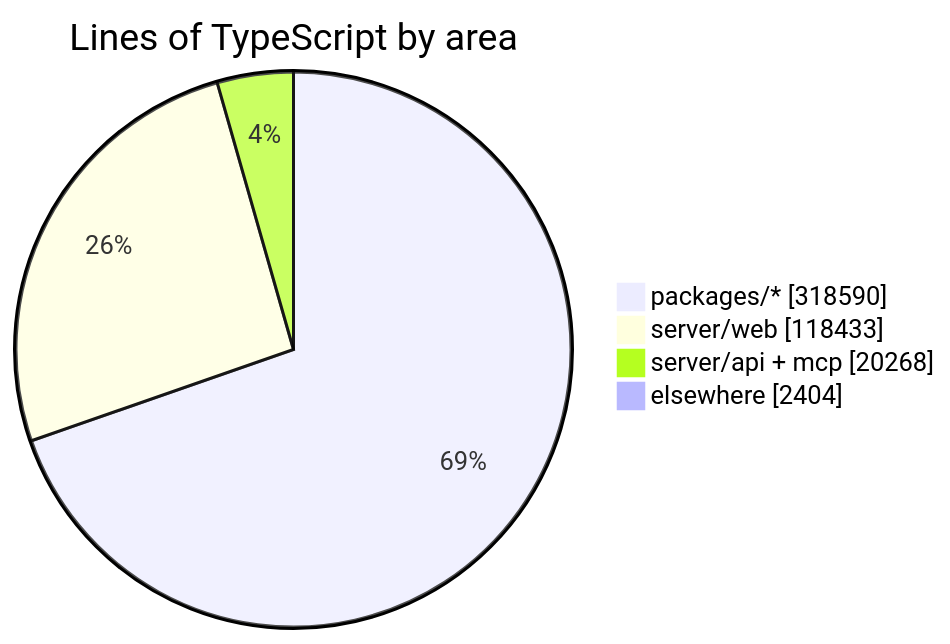
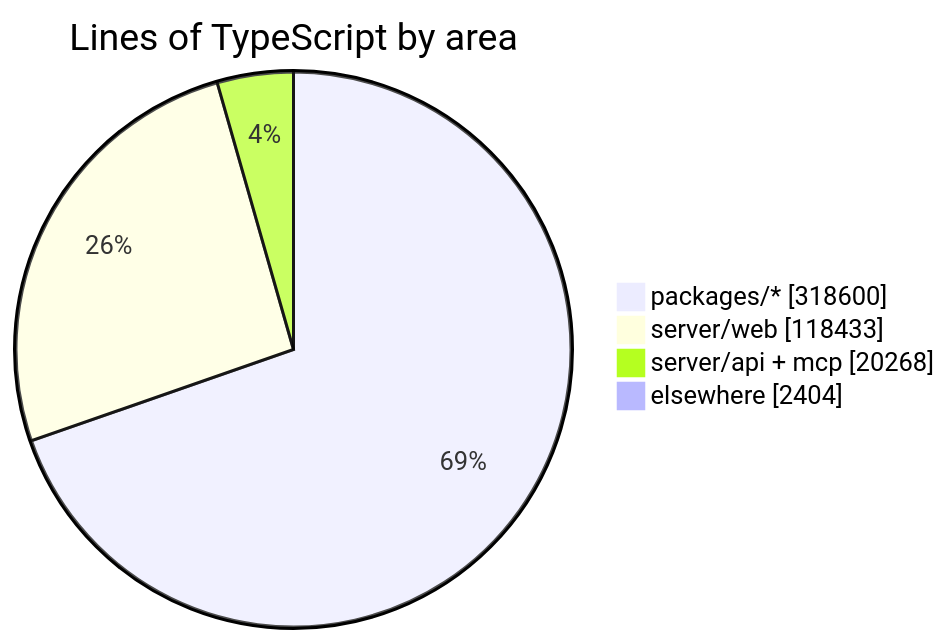
The diagram in README.md (crossworks-engineering/mantle), drawn with Mermaid before and after one commit. The commit also changed other lines of this file and 2 other files, not shown here.

````diff
--- a/README.md
+++ b/README.md
@@ -294,7 +294,7 @@
 ```mermaid
 pie showData title Lines of TypeScript by area
-    "packages/*" : 318590
+    "packages/*" : 318600
     "server/web" : 118433
     "server/api + mcp" : 20268
     "elsewhere" : 2404
 ```
````
